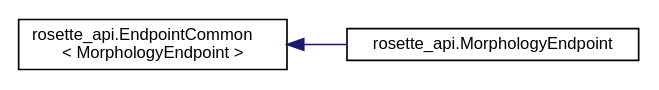
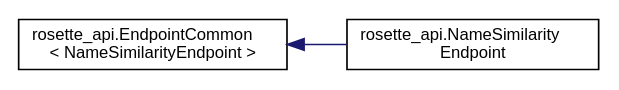
One commit to rosette-api/dotnet changed the diagram in inherit_graph_6.dot. Above: the diagram before and after it, drawn with Graphviz. The commit also changed 196 other files, not shown here.

```diff
--- a/inherit_graph_6.dot
+++ b/inherit_graph_6.dot
@@ -1,9 +1,9 @@
 digraph "Graphical Class Hierarchy"
 {
   edge [fontname="Helvetica",fontsize="10",labelfontname="Helvetica",labelfontsize="10"];
   node [fontname="Helvetica",fontsize="10",shape=record];
   rankdir="LR";
-  Node0 [label="rosette_api.EndpointCommon\l\< MorphologyEndpoint \>",height=0.2,width=0.4,color="black", fillcolor="white", style="filled",URL="$classrosette__api_1_1_endpoint_common.html"];
+  Node0 [label="rosette_api.EndpointCommon\l\< NameSimilarityEndpoint \>",height=0.2,width=0.4,color="black", fillcolor="white", style="filled",URL="$classrosette__api_1_1_endpoint_common.html"];
   Node0 -> Node1 [dir="back",color="midnightblue",fontsize="10",style="solid",fontname="Helvetica"];
-  Node1 [label="rosette_api.MorphologyEndpoint",height=0.2,width=0.4,color="black", fillcolor="white", style="filled",URL="$classrosette__api_1_1_morphology_endpoint.html"];
+  Node1 [label="rosette_api.NameSimilarity\lEndpoint",height=0.2,width=0.4,color="black", fillcolor="white", style="filled",URL="$classrosette__api_1_1_name_similarity_endpoint.html"];
 }
```
